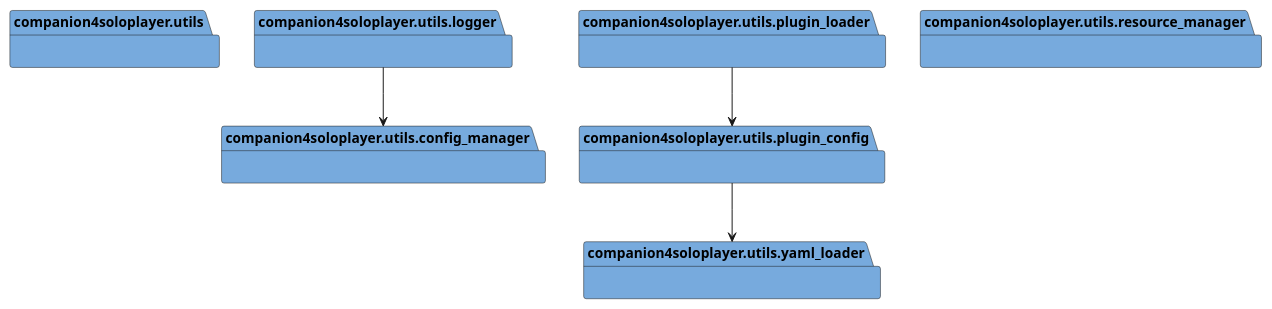
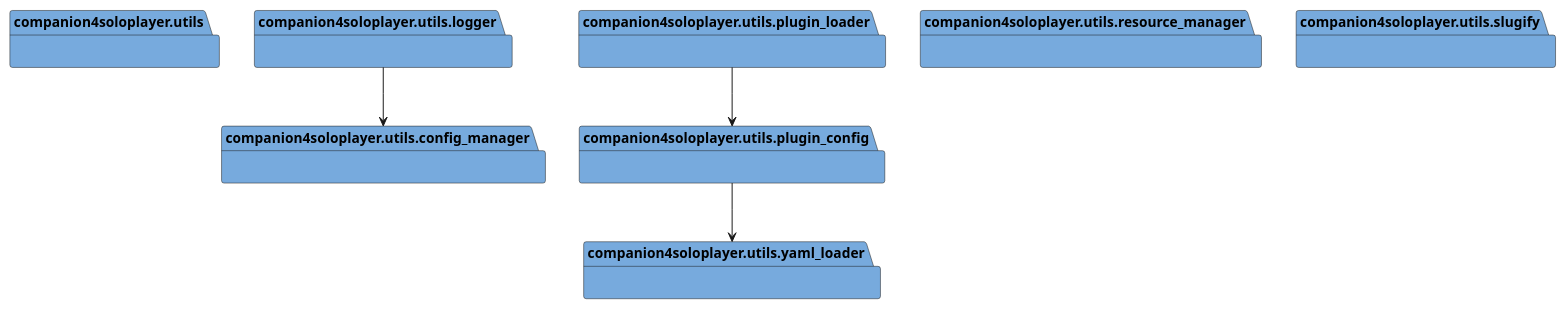
Before and after one commit to ultra-sonic-28/companion4soloplayer: the diagram in docs/assets/diagrams/packages_companion4soloplayer_utils.plantuml, drawn with PlantUML. The commit also changed 6 other files, not shown here.

```diff
--- a/docs/assets/diagrams/packages_companion4soloplayer_utils.plantuml
+++ b/docs/assets/diagrams/packages_companion4soloplayer_utils.plantuml
@@ -1,20 +1,22 @@
 @startuml packages_companion4soloplayer_utils
 set namespaceSeparator none
 package "companion4soloplayer.utils" as companion4soloplayer.utils #77AADD {
 }
 package "companion4soloplayer.utils.config_manager" as companion4soloplayer.utils.config_manager #77AADD {
 }
 package "companion4soloplayer.utils.logger" as companion4soloplayer.utils.logger #77AADD {
 }
 package "companion4soloplayer.utils.plugin_config" as companion4soloplayer.utils.plugin_config #77AADD {
 }
 package "companion4soloplayer.utils.plugin_loader" as companion4soloplayer.utils.plugin_loader #77AADD {
 }
 package "companion4soloplayer.utils.resource_manager" as companion4soloplayer.utils.resource_manager #77AADD {
 }
+package "companion4soloplayer.utils.slugify" as companion4soloplayer.utils.slugify #77AADD {
+}
 package "companion4soloplayer.utils.yaml_loader" as companion4soloplayer.utils.yaml_loader #77AADD {
 }
 companion4soloplayer.utils.logger --> companion4soloplayer.utils.config_manager
 companion4soloplayer.utils.plugin_config --> companion4soloplayer.utils.yaml_loader
 companion4soloplayer.utils.plugin_loader --> companion4soloplayer.utils.plugin_config
 @enduml
```
